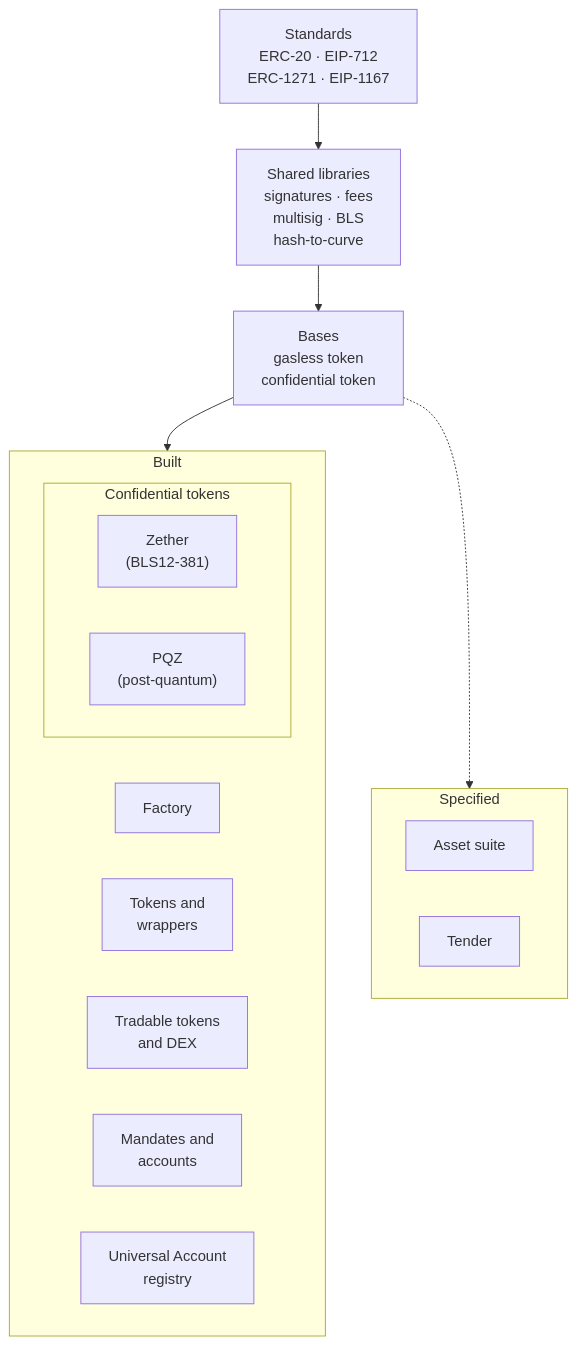
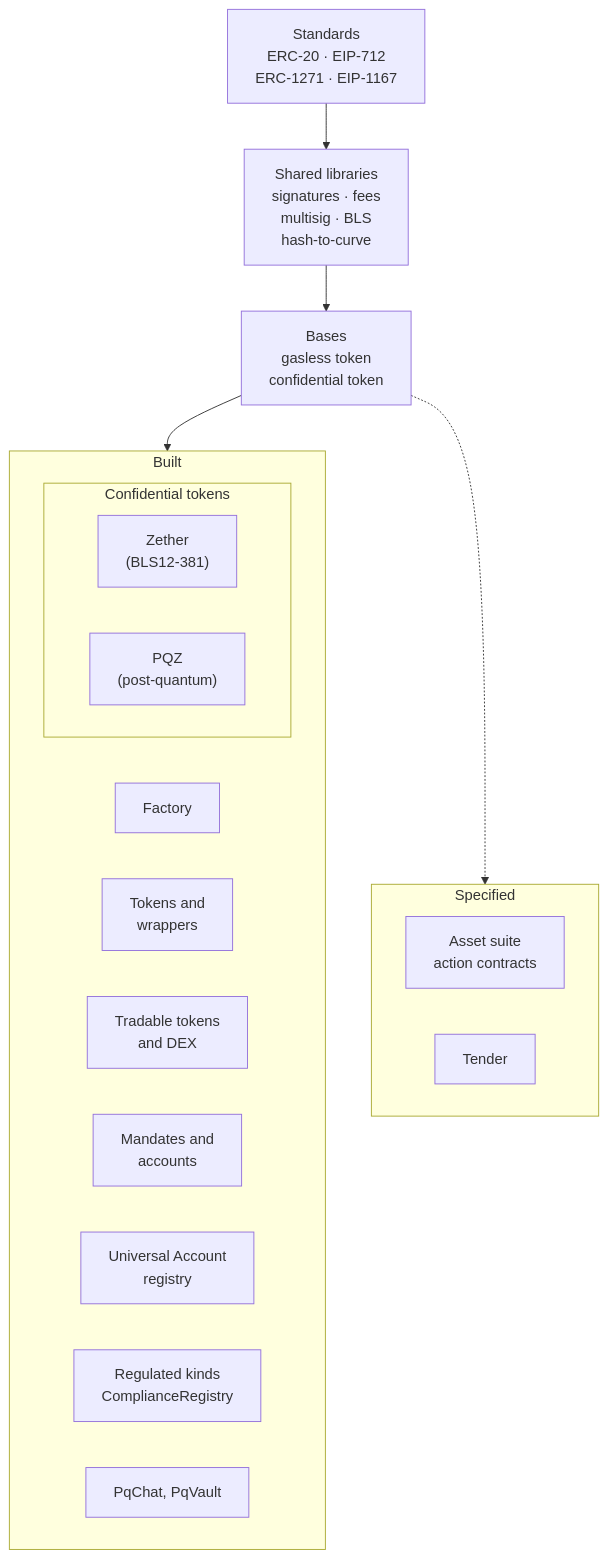
One commit to dinhduongha/scaas changed the third of 9 diagrams in README.md. Above: the diagram before and after it, drawn with Mermaid. The commit also changed other lines of this file, not shown here.

````diff
--- a/README.md
+++ b/README.md
@@ -242,27 +243,29 @@
 ```mermaid
 flowchart TB
     STD["Standards<br/>ERC-20 · EIP-712<br/>ERC-1271 · EIP-1167"]
     LIB["Shared libraries<br/>signatures · fees<br/>multisig · BLS<br/>hash-to-curve"]
     BASE["Bases<br/>gasless token<br/>confidential token"]
     subgraph BUILT["Built"]
         direction LR
         F["Factory"]
         T["Tokens and<br/>wrappers"]
         D["Tradable tokens<br/>and DEX"]
         A["Mandates and<br/>accounts"]
         U["Universal Account<br/>registry"]
         subgraph CONF["Confidential tokens"]
             direction LR
             Z["Zether<br/>(BLS12-381)"]
             P["PQZ<br/>(post-quantum)"]
         end
+        RG["Regulated kinds<br/>ComplianceRegistry"]
+        PC["PqChat, PqVault"]
     end
     subgraph SPEC["Specified"]
         direction LR
-        AS["Asset suite"]
+        AS["Asset suite<br/>action contracts"]
         TD["Tender"]
     end
     STD --> LIB --> BASE
     BASE --> BUILT
     BASE -.-> SPEC
 ```
````
